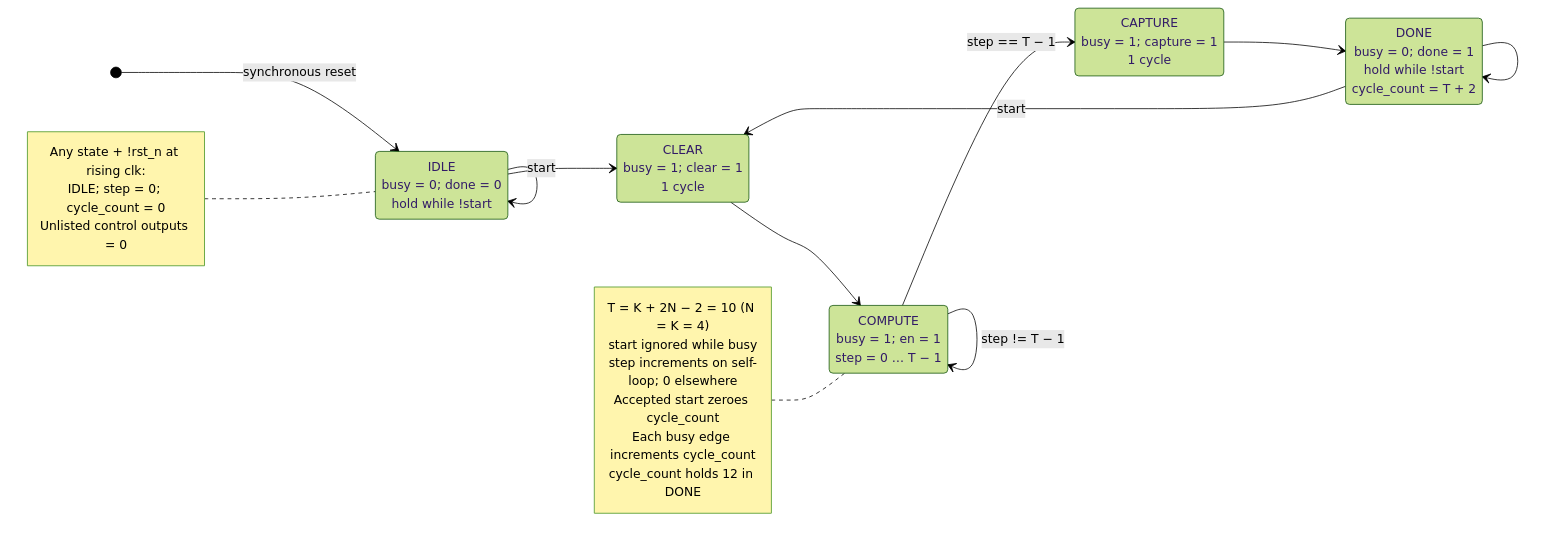
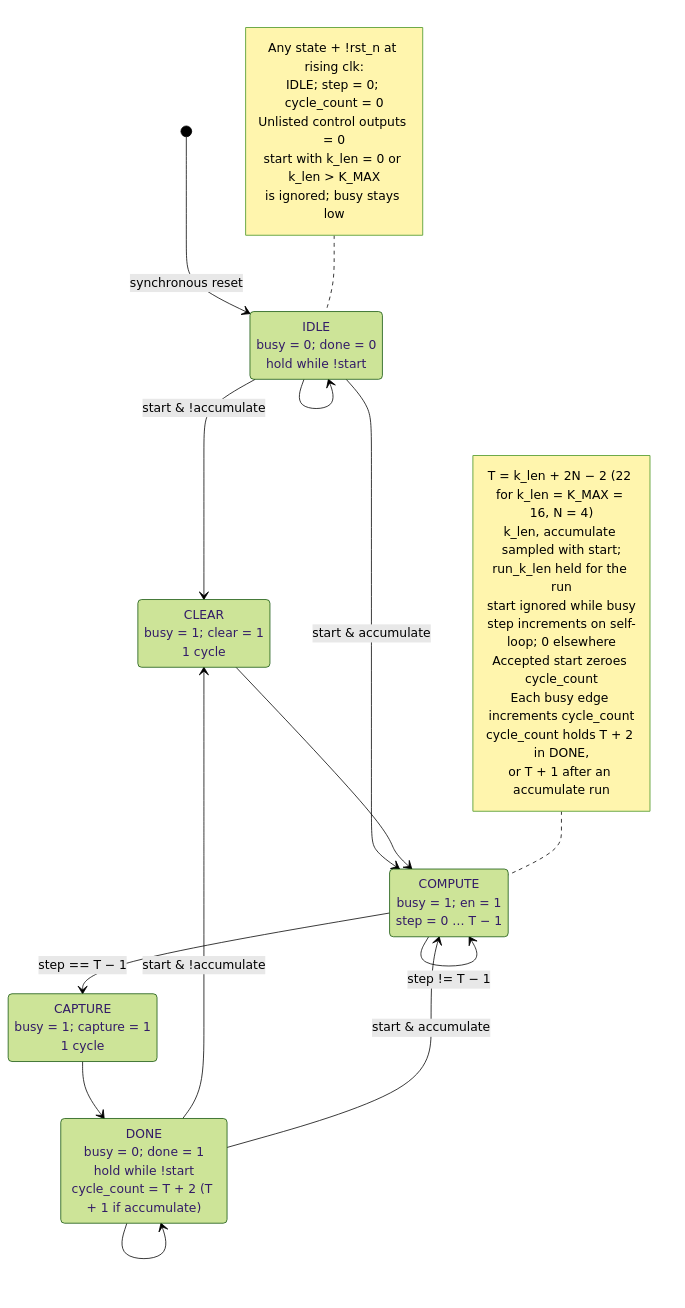
One commit to vks-g/systolic-matmul-accelerator changed the diagram in docs/architecture/src/controller.mmd. Above: the diagram before and after it, drawn with Mermaid (forest theme).

Commit message:
docs(architecture): add the accumulate path to the controller FSM
Updated the controller state diagram to clarify state transitions and cycle accounting, including details for accumulate paths and conditions for state changes.

```diff
--- a/docs/architecture/src/controller.mmd
+++ b/docs/architecture/src/controller.mmd
@@ -1,34 +1,40 @@
 stateDiagram-v2
-  accTitle: Controller state transitions and cycle accounting
-  accDescr: Synchronous active-low reset takes any state to IDLE. Start is accepted only in IDLE or DONE. CLEAR and CAPTURE each last one cycle. COMPUTE runs steps zero through T minus one. DONE persists until another start. Busy cycles increment cycle_count to T plus two.
-  direction LR
+  accTitle: Controller state transitions with the accumulate path and cycle accounting
+  accDescr: Synchronous active-low reset takes any state to IDLE. Start is accepted only in IDLE or DONE, with k_len and accumulate sampled at the same edge. A normal start goes to CLEAR; an accumulate start goes straight to COMPUTE, keeping the previous accumulators. CLEAR and CAPTURE each last one cycle. COMPUTE runs steps zero through T minus one, with T equal to k_len plus 2N minus 2. DONE persists until another start.
 
   state "IDLE<br/>busy = 0; done = 0<br/>hold while !start" as IDLE
   state "CLEAR<br/>busy = 1; clear = 1<br/>1 cycle" as CLEAR
   state "COMPUTE<br/>busy = 1; en = 1<br/>step = 0 … T − 1" as COMPUTE
   state "CAPTURE<br/>busy = 1; capture = 1<br/>1 cycle" as CAPTURE
-  state "DONE<br/>busy = 0; done = 1<br/>hold while !start<br/>cycle_count = T + 2" as DONE
+  state "DONE<br/>busy = 0; done = 1<br/>hold while !start<br/>cycle_count = T + 2 (T + 1 if accumulate)" as DONE
 
   [*] --> IDLE: synchronous reset
   IDLE --> IDLE
-  IDLE --> CLEAR: start
+  IDLE --> CLEAR: start & !accumulate
+  IDLE --> COMPUTE: start & accumulate
   CLEAR --> COMPUTE
   COMPUTE --> COMPUTE: step != T − 1
   COMPUTE --> CAPTURE: step == T − 1
   CAPTURE --> DONE
   DONE --> DONE
-  DONE --> CLEAR: start
+  DONE --> CLEAR: start & !accumulate
+  DONE --> COMPUTE: start & accumulate
 
   note left of IDLE
     Any state + !rst_n at rising clk:
     IDLE; step = 0; cycle_count = 0
     Unlisted control outputs = 0
+    start with k_len = 0 or k_len > K_MAX
+    is ignored; busy stays low
   end note
   note left of COMPUTE
-    T = K + 2N − 2 = 10 (N = K = 4)
+    T = k_len + 2N − 2 (22 for k_len = K_MAX = 16, N = 4)
+    k_len, accumulate sampled with start;
+    run_k_len held for the run
     start ignored while busy
     step increments on self-loop; 0 elsewhere
     Accepted start zeroes cycle_count
     Each busy edge increments cycle_count
-    cycle_count holds 12 in DONE
+    cycle_count holds T + 2 in DONE,
+    or T + 1 after an accumulate run
   end note
```
